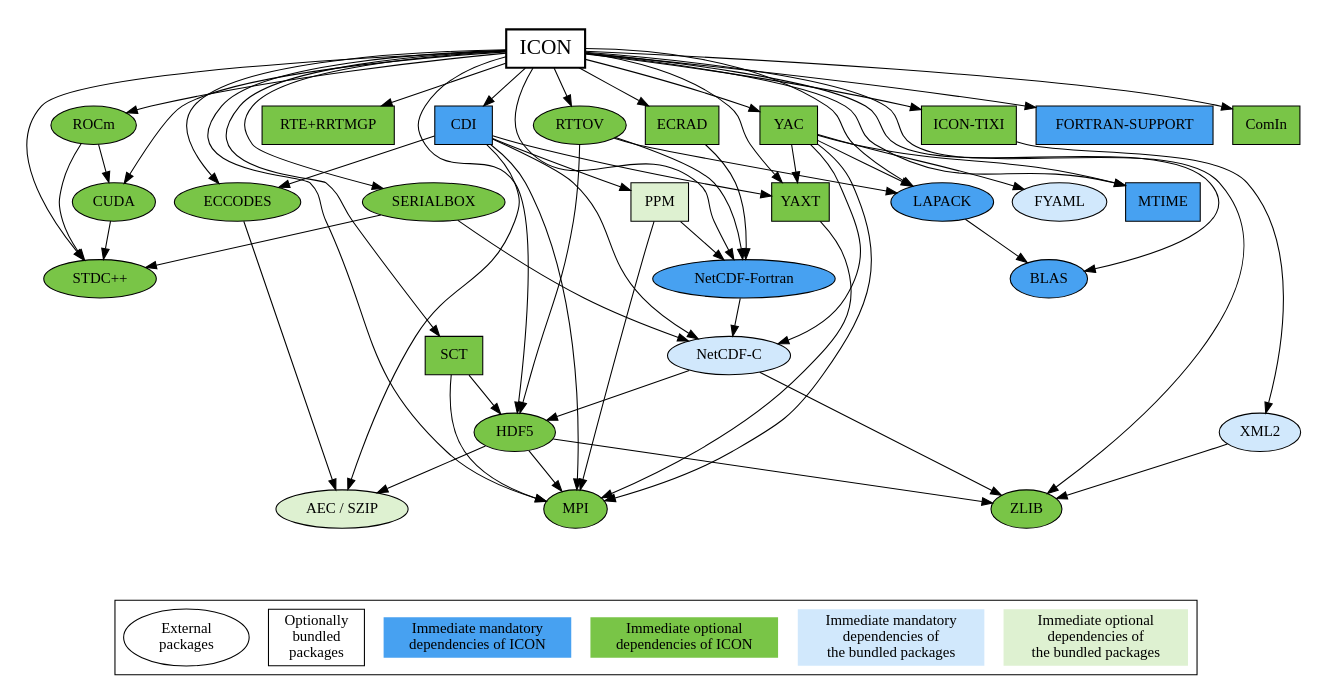
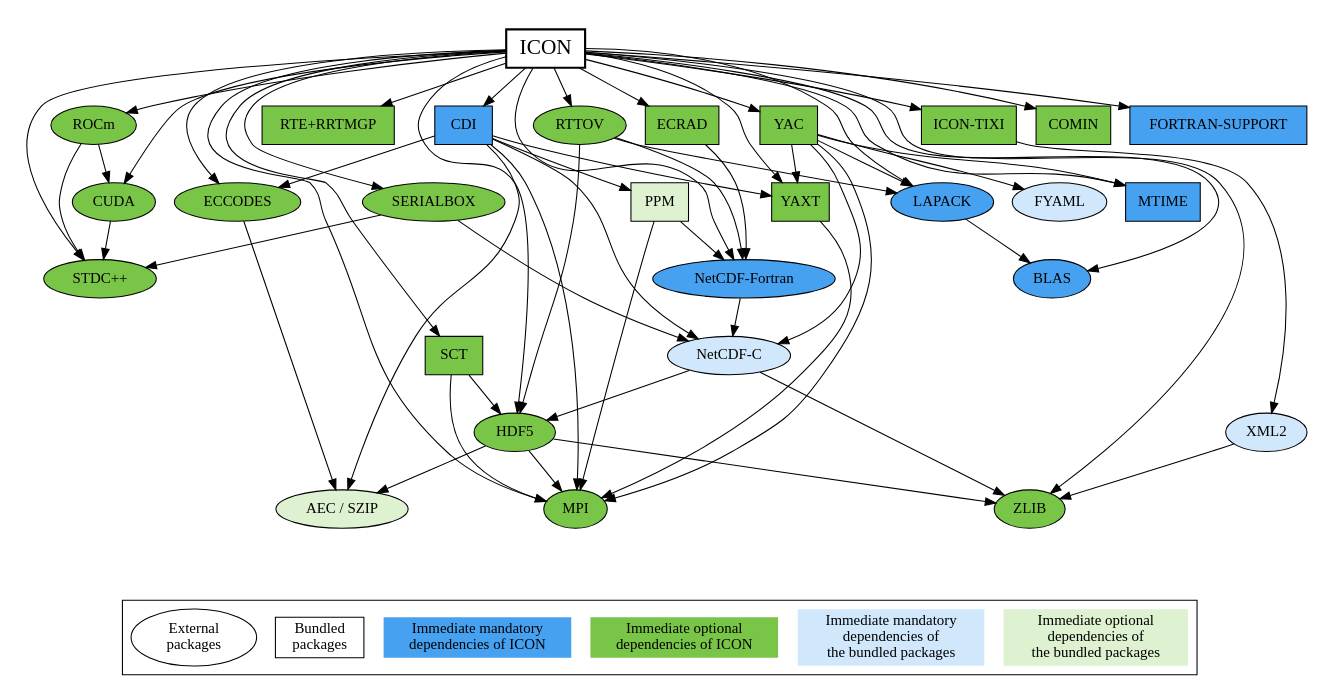
Before and after one commit to ppothapa/Coupled_ICON: the diagram in doc/config/icon-config-doc-depgraph.dot, drawn with Graphviz. The commit also changed 11 other files, not shown here.

```diff
--- a/doc/config/icon-config-doc-depgraph.dot
+++ b/doc/config/icon-config-doc-depgraph.dot
@@ -1,119 +1,119 @@
 // ICON
 //
 // ---------------------------------------------------------------
 // Copyright (C) 2004-2024, DWD, MPI-M, DKRZ, KIT, ETH, MeteoSwiss
 // Contact information: icon-model.org
 // See AUTHORS.TXT for a list of authors
 // See LICENSES/ for license information
 // SPDX-License-Identifier: BSD-3-Clause
 // ---------------------------------------------------------------
 
 digraph ICON {
 
 	node [style=filled; shape=oval; fillcolor="#79C547"];
 
 	subgraph clusterMain {
 
 		graph [peripheries=0];
 
 		"ICON" [shape=box; fillcolor=white; fontsize=20; penwidth=2.0];
 		"ICON" -> {"STDC++"; "CUDA"; "ROCm"; "MPI"; "ZLIB"; "HDF5";
 			       "NetCDF-Fortran"; "RTE+RRTMGP"; "ECRAD"; "BLAS";
 			       "LAPACK"; "RTTOV"; "SCT"; "YAXT"; "ECCODES";
 			       "CDI"; "SERIALBOX"; "MTIME"; "YAC"; "ICON-TIXI";
-			       "FORTRAN-SUPPORT"; "ComIn"};
+			       "COMIN"; "FORTRAN-SUPPORT"};
 
 		"STDC++";
 
 		"CUDA";
 		"CUDA" -> {"STDC++"};
 
 		"ROCm";
 		"ROCm" -> {"STDC++"; "CUDA"};
 
 		"MPI";
 
 		"ZLIB";
 
 		"HDF5";
 		"HDF5" -> {"MPI"; "ZLIB"; "AEC / SZIP"};
 
 		"NetCDF-Fortran" [shape=oval; fillcolor="#47A1F1"]
 		"NetCDF-Fortran" -> {"NetCDF-C"};
 
 		"RTE+RRTMGP" [shape=box];
 
 		"ECRAD" [shape=box];
 		"ECRAD" -> {"NetCDF-Fortran"};
 
 		"BLAS" [fillcolor="#47A1F1"];
 
 		"LAPACK" [fillcolor="#47A1F1"];
 		"LAPACK" -> {"BLAS"};
 
 		"RTTOV";
 		"RTTOV" -> {"HDF5"; "NetCDF-Fortran"; "LAPACK"};
 
 		"SCT" [shape=box];
 		"SCT" -> {"MPI"; "HDF5"};
 
 		"YAXT" [shape=box];
 		"YAXT" -> {"MPI"};
 
 		"ECCODES";
 		"ECCODES" -> {"AEC / SZIP"};
 
 		"CDI" [shape=box; fillcolor="#47A1F1"];
 		"CDI" -> {"MPI"; "YAXT"; "ECCODES"; "AEC / SZIP"; "NetCDF-C"; "PPM"};
 
-		"ComIn" [shape=box];
-
 		"SERIALBOX";
 		"SERIALBOX" -> {"STDC++"; "NetCDF-C"};
 
 		"MTIME" [shape=box; fillcolor="#47A1F1"];
 
 		"YAC" [shape=box];
 		"YAC" -> {"MPI"; "LAPACK"; "YAXT"; "MTIME"; "NetCDF-C"; "FYAML"};
 
 		"ICON-TIXI" [shape=box];
 		"ICON-TIXI" -> {"XML2"};
+
+		"COMIN" [shape=box];
 
 		"FORTRAN-SUPPORT" [shape=box; fillcolor="#47A1F1"];
 
 		"AEC / SZIP" [fillcolor="#DEF1D1"];
 		"AEC / SZIP";
 
 		"NetCDF-C" [fillcolor="#D1E8FC"];
 		"NetCDF-C" -> {"ZLIB"; "HDF5"};
 
 		"PPM" [shape=box; fillcolor="#DEF1D1"];
 		"PPM" -> {"MPI"; "NetCDF-Fortran"};
 
 		"FYAML" [fillcolor="#D1E8FC"];
 		"FYAML";
 
 		"XML2" [fillcolor="#D1E8FC"];
 		"XML2" -> {"ZLIB"};
 
 		{
 			rank=sink;
 			bottomNode [shape=point; style=invis];
 		}
 	}
 
 	subgraph clusterLegend {
 		{
 			rank=same;
 			external -> bundled -> mandatoryIcon -> optionalIcon -> mandatoryBundled -> optionalBundled [style=invis];
 			external [label="External\npackages"; fillcolor=white];
-			bundled [label="Optionally\nbundled\npackages"; shape=box; fillcolor=white];
+			bundled [label="Bundled\npackages"; shape=box; fillcolor=white];
 			mandatoryIcon [label="Immediate mandatory\ndependencies of ICON"; shape=plaintext; fillcolor="#47A1F1"];
 			optionalIcon [label="Immediate optional\ndependencies of ICON"; shape=plaintext];
 			mandatoryBundled [label="Immediate mandatory\ndependencies of\nthe bundled packages"; shape=plaintext; fillcolor="#D1E8FC"];
 			optionalBundled [label="Immediate optional\ndependencies of\nthe bundled packages"; shape=plaintext; fillcolor="#DEF1D1"];
 		}
 	}
 
 	bottomNode -> external:nw [style=invis];
 }
```
